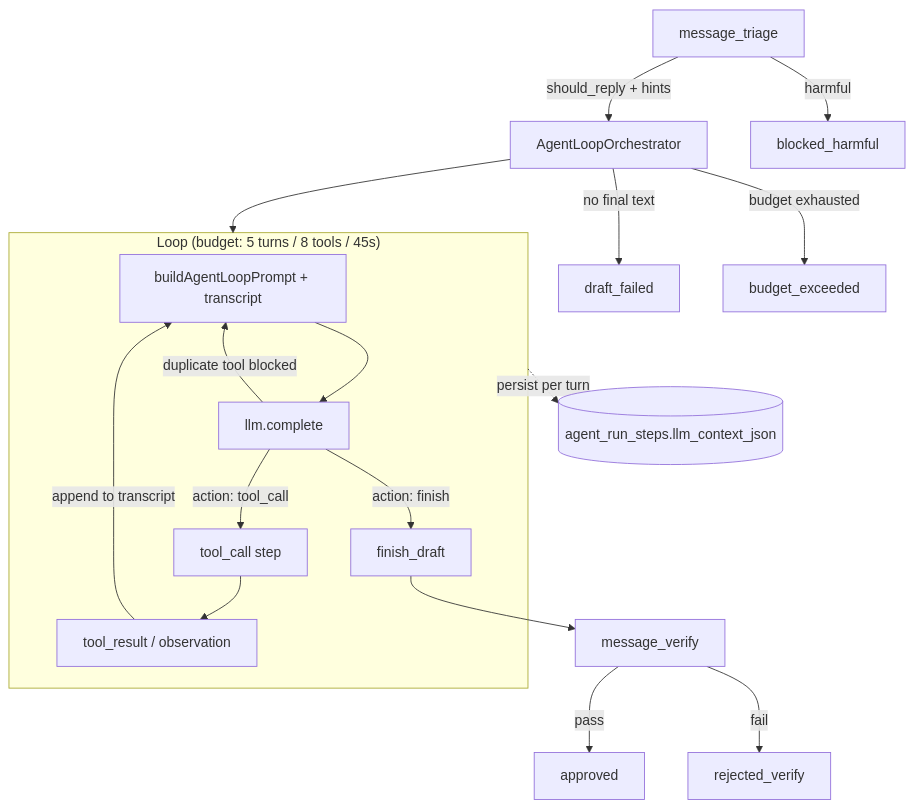
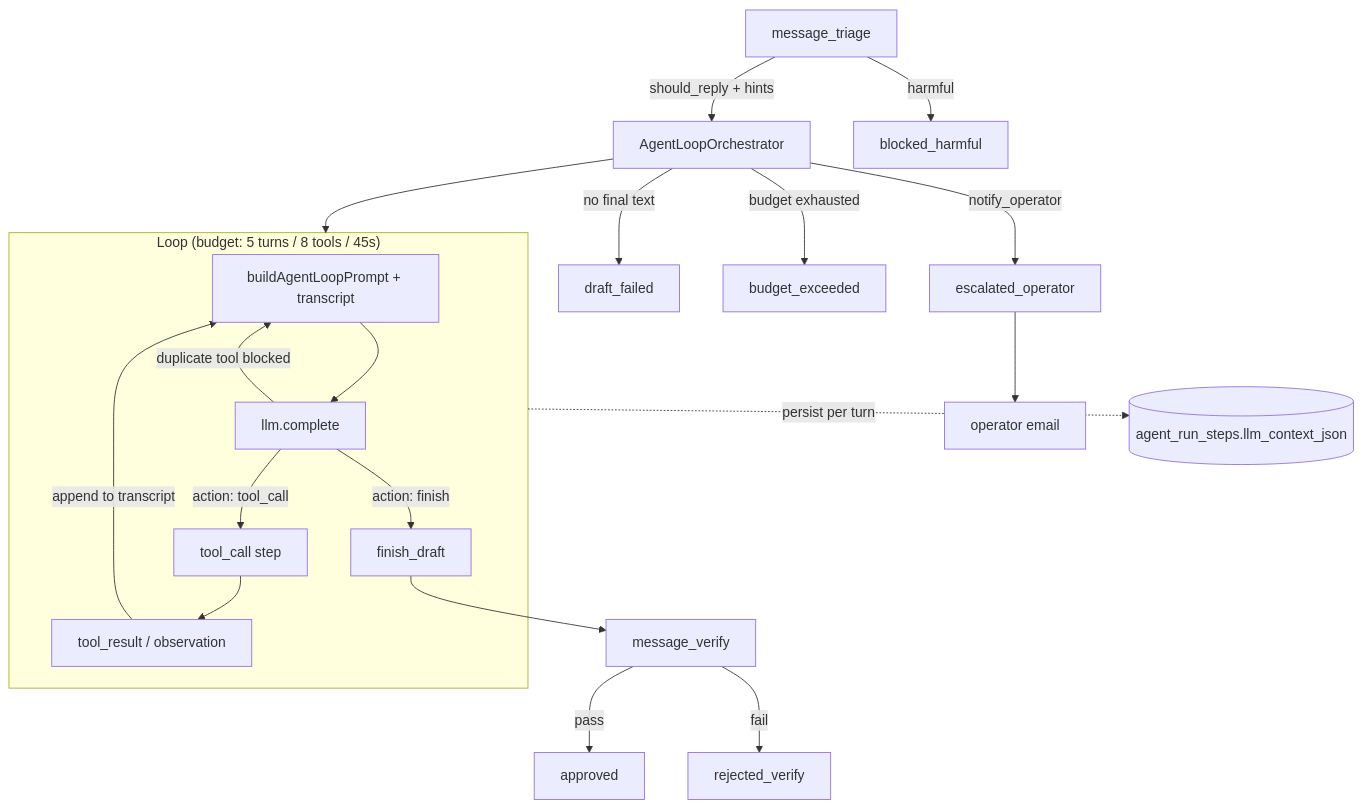
One commit to colabcolibri/iris changed the diagram in docs/architecture/diagrams/iris-agentic-harness.md. Above: the diagram before and after it, drawn with Mermaid. The commit also changed other lines of this file and 109 other files, not shown here.

````diff
--- a/docs/architecture/diagrams/iris-agentic-harness.md
+++ b/docs/architecture/diagrams/iris-agentic-harness.md
@@ -11,23 +11,25 @@
 ```mermaid
 flowchart TB
   T[message_triage] -->|should_reply + hints| L[AgentLoopOrchestrator]
 
   subgraph loop["Loop (budget: 5 turns / 8 tools / 45s)"]
     P[buildAgentLoopPrompt + transcript] --> LLM[llm.complete]
     LLM -->|action: tool_call| TC[tool_call step]
     TC --> TR[tool_result / observation]
     TR -->|append to transcript| P
     LLM -->|action: finish| FD[finish_draft]
     LLM -->|duplicate tool blocked| P
   end
 
   L --> loop
   FD --> V[message_verify]
   V -->|pass| A[approved]
   V -->|fail| RV[rejected_verify]
   L -->|no final text| DF[draft_failed]
   L -->|budget exhausted| BE[budget_exceeded]
+  L -->|notify_operator| EO[escalated_operator]
+  EO --> N[operator email]
   T -->|harmful| BH[blocked_harmful]
 
   loop -.->|persist per turn| S[(agent_run_steps.llm_context_json)]
 ```
````
